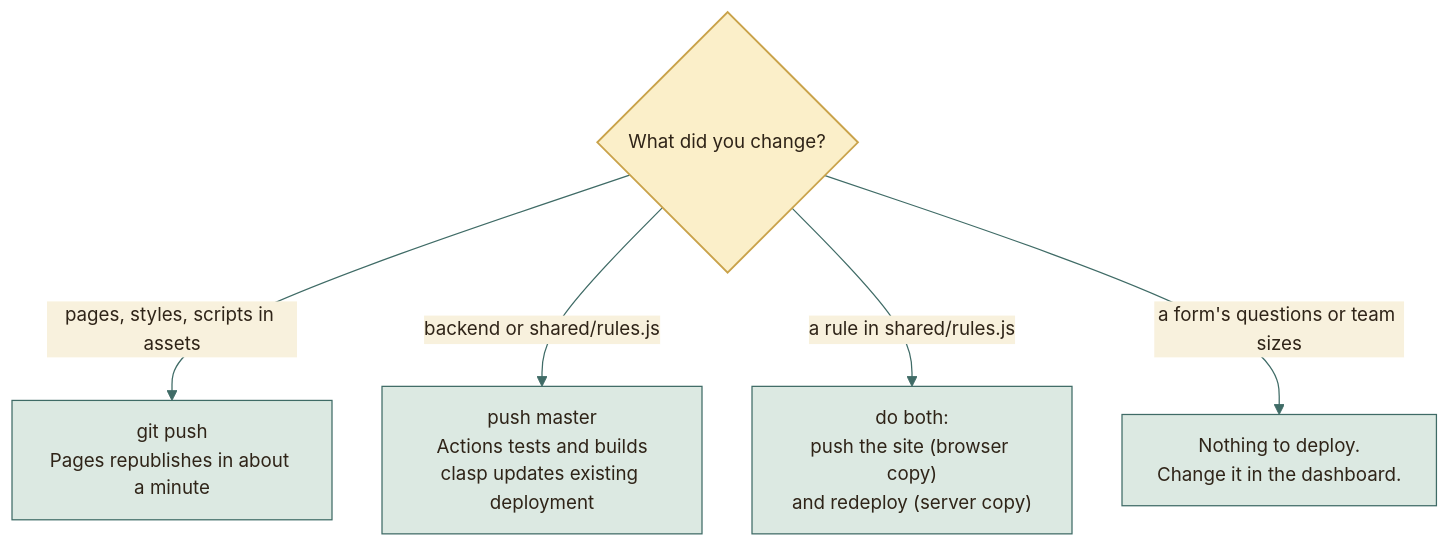
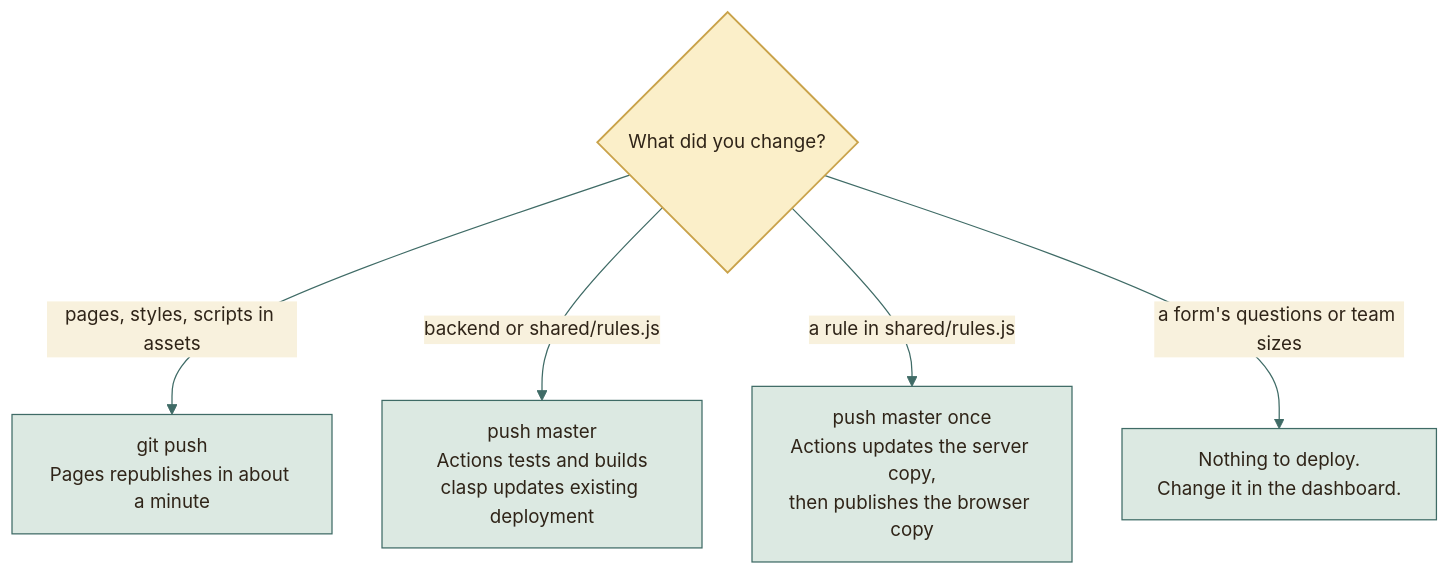
Before and after one commit to moyeh04/forms-platform: the fourth of 4 diagrams in docs/architecture/HOSTING.md, drawn with Mermaid. The commit also changed other lines of this file and 2 other files, not shown here.

Commit message:
docs(hosting): Align update notes with the deploy workflow
Three pages still described a hand-run backend update or a site served
exactly as committed.

- Note in the hosting sequence that config.js is generated from API_URL,
  and show a rules.js change as one push to master
- Say in the testing rationale that the suite runs the deployed text
- Point the security checklist at the workflow run, keeping New version
  as the rule for a manual recovery

Every page now gives the same account of how an update is deployed.

````diff
--- a/docs/architecture/HOSTING.md
+++ b/docs/architecture/HOSTING.md
@@ -242,37 +242,37 @@
 ```mermaid
 %%{init: {
   'theme': 'base',
   'themeVariables': {
     'fontFamily': 'ui-sans-serif, system-ui, -apple-system, Segoe UI, Roboto, sans-serif',
     'fontSize': '15px',
     'primaryColor': '#DCE9E2', 'primaryBorderColor': '#3F6B66', 'primaryTextColor': '#2F2418',
     'secondaryColor': '#F0E4C8', 'secondaryBorderColor': '#C9A24A', 'secondaryTextColor': '#2F2418',
     'tertiaryColor': '#F6EFDC', 'tertiaryBorderColor': '#CDBB94', 'tertiaryTextColor': '#2F2418',
     'lineColor': '#3F6B66', 'textColor': '#2F2418', 'mainBkg': '#DCE9E2', 'nodeBorder': '#3F6B66',
     'clusterBkg': '#F6EFDC', 'clusterBorder': '#CDBB94', 'titleColor': '#2F2418',
     'edgeLabelBackground': '#F8F1DD',
     'actorBkg': '#DCE9E2', 'actorBorder': '#3F6B66', 'actorTextColor': '#2F2418', 'actorLineColor': '#8FB3AB',
     'signalColor': '#477A73', 'signalTextColor': '#477A73',
     'labelBoxBkgColor': '#F0E4C8', 'labelBoxBorderColor': '#C9A24A', 'labelTextColor': '#2F2418', 'loopTextColor': '#6A5A44',
     'noteBkgColor': '#FBEFC9', 'noteBorderColor': '#C9A24A', 'noteTextColor': '#2F2418',
     'activationBkgColor': '#DCE9E2', 'activationBorderColor': '#3F6B66', 'sequenceNumberColor': '#F8F1DD',
     'transitionColor': '#3F6B66', 'stateLabelColor': '#2F2418', 'stateBkg': '#DCE9E2', 'altBackground': '#F6EFDC',
     'attributeBackgroundColorOdd': '#F8F1DD', 'attributeBackgroundColorEven': '#F0E4C8'
   },
   'flowchart': {'curve': 'basis', 'padding': 14, 'nodeSpacing': 40, 'rankSpacing': 46},
   'sequence': {'mirrorActors': false, 'messageMargin': 34, 'boxMargin': 8}
 }}%%
 flowchart TD
     q{"What did you change?"}
     q -- "pages, styles, scripts in assets" --> a1["git push<br/>Pages republishes in about a minute"]
     q -- "backend or shared/rules.js" --> a2["push master<br/>Actions tests and builds<br/>clasp updates existing deployment"]
-    q -- "a rule in shared/rules.js" --> a3["do both:<br/>push the site (browser copy)<br/>and redeploy (server copy)"]
+    q -- "a rule in shared/rules.js" --> a3["push master once<br/>Actions updates the server copy,<br/>then publishes the browser copy"]
     q -- "a form's questions or team sizes" --> a4["Nothing to deploy.<br/>Change it in the dashboard."]
     classDef cDb fill:#F3E2B3,stroke:#B8892D,stroke-width:1.5px,color:#2F2418
     classDef cActor fill:#F4D9D3,stroke:#9A3328,stroke-width:1.5px,color:#2F2418
     classDef cDec fill:#FBEFC9,stroke:#C9A24A,stroke-width:1.5px,color:#2F2418
     classDef cEnd fill:#2F2418,stroke:#2F2418,color:#F8F1DD
     classDef cErr fill:#F6D5CF,stroke:#A12B1F,stroke-width:1.5px,color:#5A140C
     classDef cOk fill:#BFD9CF,stroke:#2E5A55,stroke-width:1.5px,color:#17302D
     class q cDec
 ```
````
